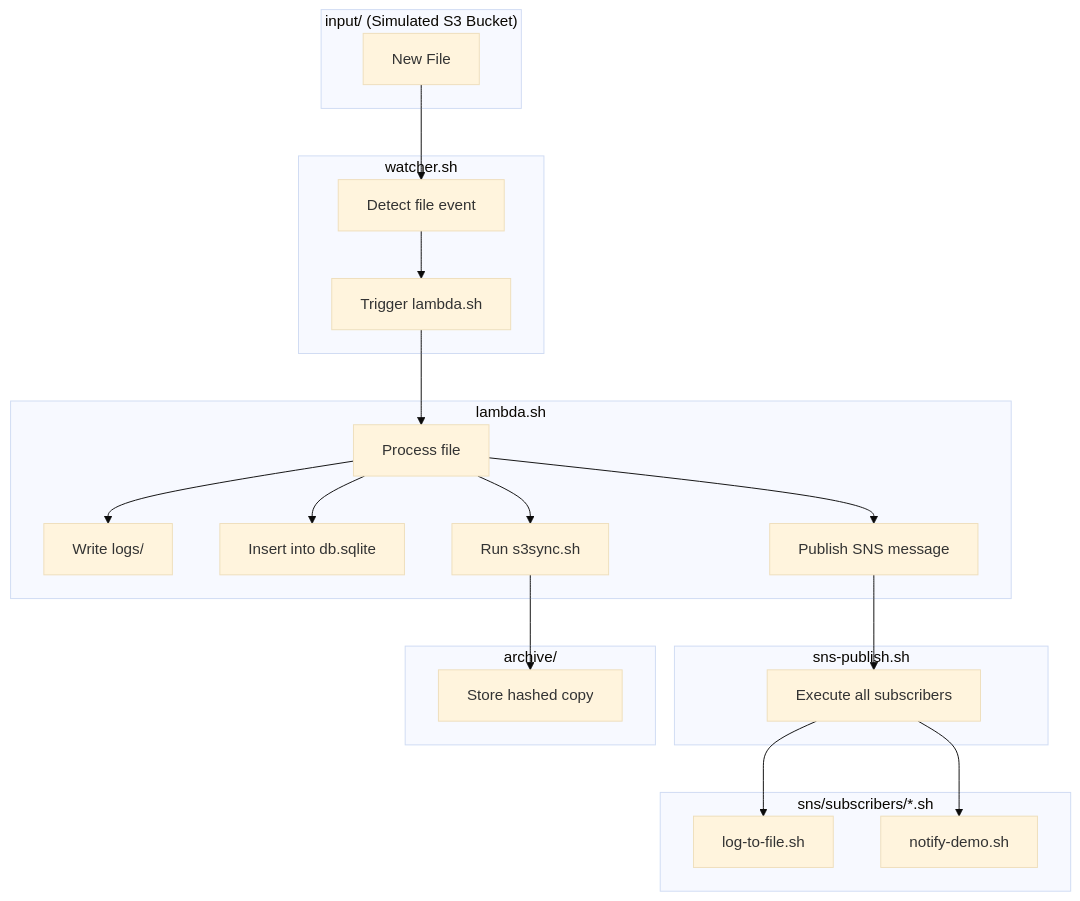
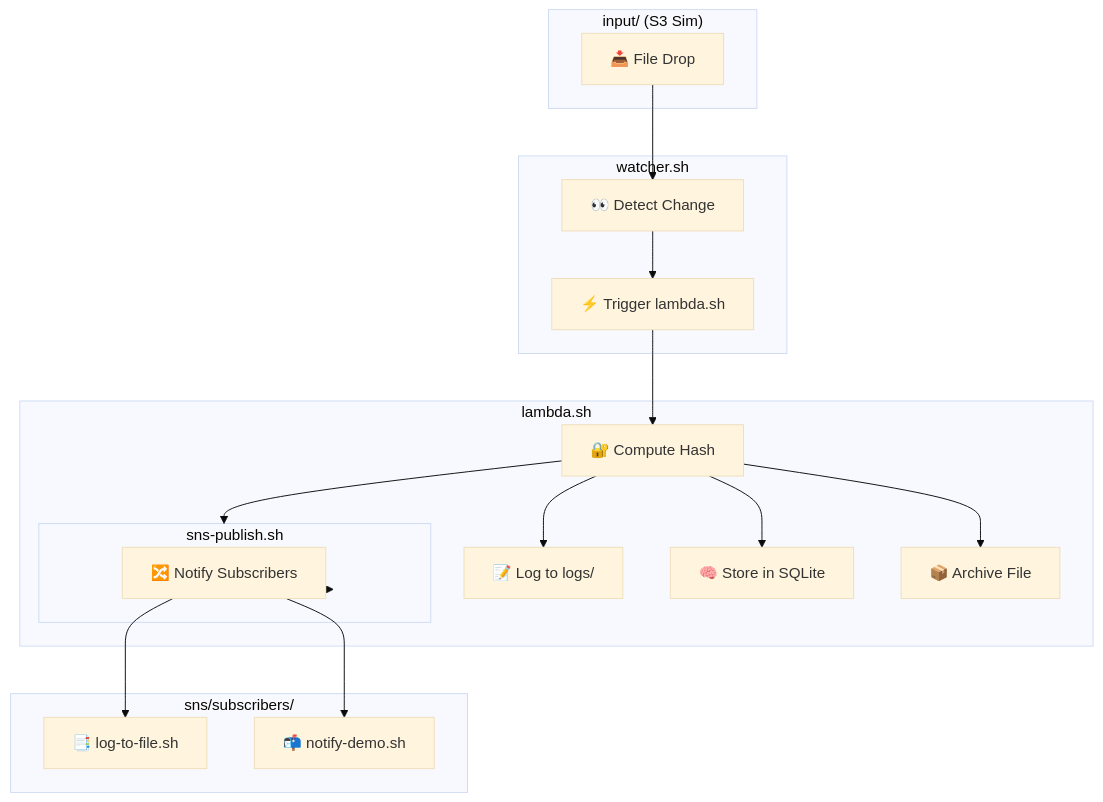
Before and after one commit to mikeninerbravog/cloudless-aws-simulation: the diagram in README.md, drawn with Mermaid (base theme). The commit also changed other lines of this file, not shown here.

````diff
--- a/README.md
+++ b/README.md
@@ -263,38 +204,32 @@
 ```mermaid
 flowchart TD
-  subgraph S3["input/ (Simulated S3 Bucket)"]
-    FileUpload["New File"]
+  subgraph S3["input/ (S3 Sim)"]
+    FileUpload["📥 File Drop"]
   end
 
   subgraph Watcher["watcher.sh"]
-    DetectFile["Detect file event"]
-    TriggerLambda["Trigger lambda.sh"]
+    Watch["👀 Detect Change"]
+    Trigger["⚡ Trigger lambda.sh"]
   end
 
   subgraph Lambda["lambda.sh"]
-    ProcessFile["Process file"]
-    LogToDisk["Write logs/"]
-    StoreInDB["Insert into db.sqlite"]
-    PublishSNS["Publish SNS message"]
-    TriggerSync["Run s3sync.sh"]
+    Hash["🔐 Compute Hash"]
+    Log["📝 Log to logs/"]
+    DB["🧠 Store in SQLite"]
+    SNS["📣 Publish to SNS"]
+    Archive["📦 Archive File"]
   end
 
   subgraph SNS["sns-publish.sh"]
-    Fanout["Execute all subscribers"]
+    Fanout["🔀 Notify Subscribers"]
   end
 
-  subgraph Subscribers["sns/subscribers/*.sh"]
-    LogSubscriber["log-to-file.sh"]
-    DemoNotify["notify-demo.sh"]
+  subgraph Subscribers["sns/subscribers/"]
+    Logger["📑 log-to-file.sh"]
+    Notifier["📬 notify-demo.sh"]
   end
 
-  subgraph Archive["archive/"]
-    StoreCopy["Store hashed copy"]
-  end
-
-  FileUpload --> DetectFile --> TriggerLambda
-  TriggerLambda --> ProcessFile --> LogToDisk & StoreInDB & PublishSNS & TriggerSync
-  PublishSNS --> Fanout --> LogSubscriber & DemoNotify
-  TriggerSync --> StoreCopy
-
+  FileUpload --> Watch --> Trigger --> Hash
+  Hash --> Log & DB & SNS & Archive
+  SNS --> Fanout --> Logger & Notifier
 ```
````
